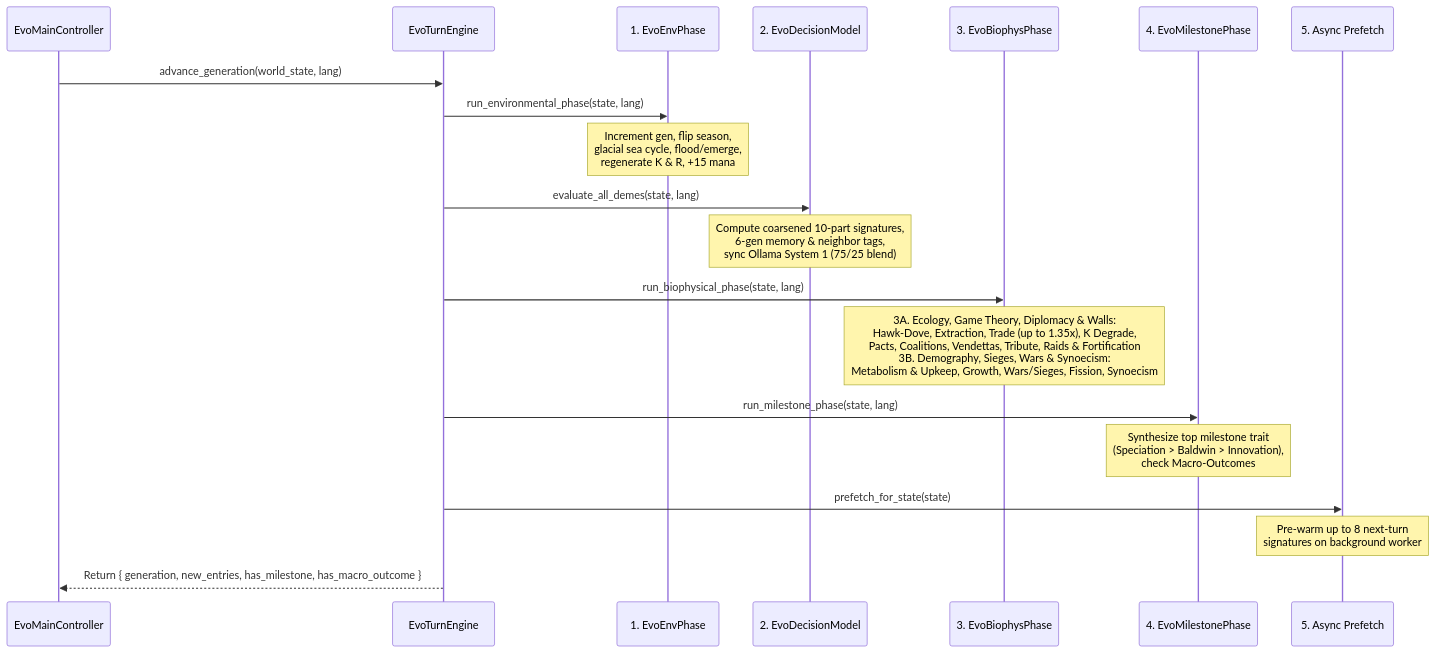
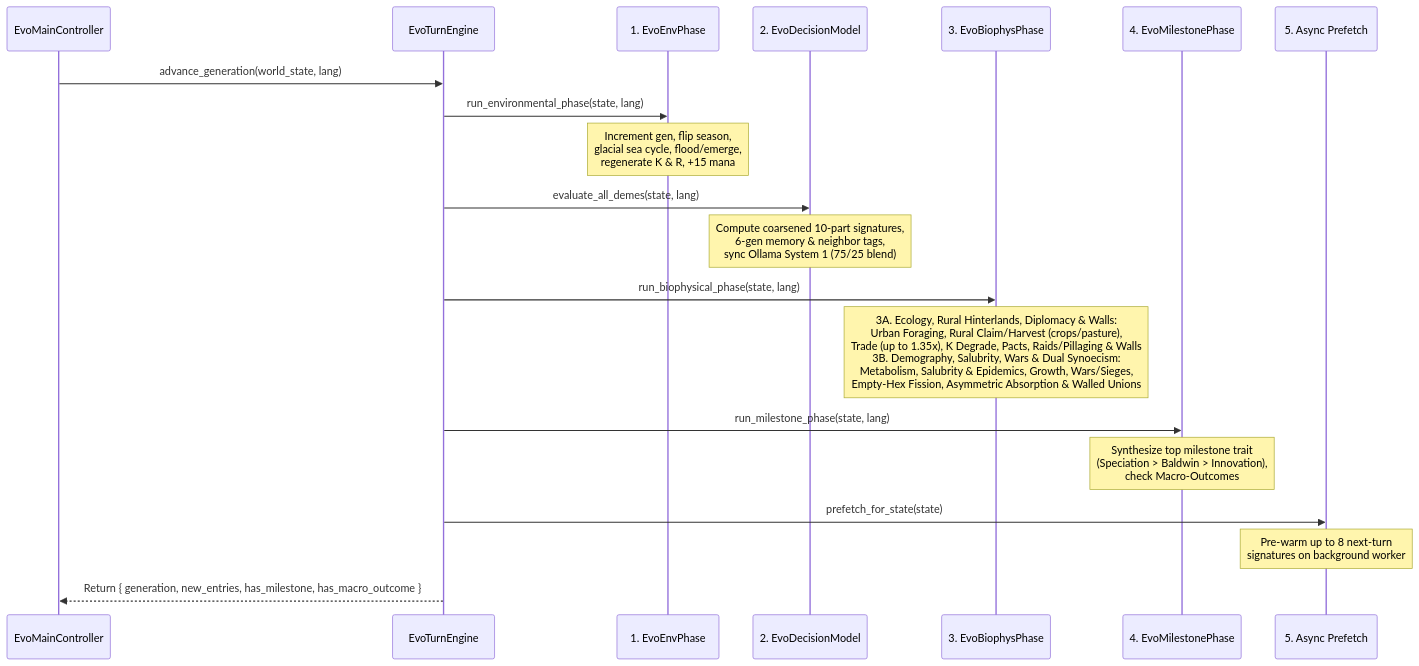
One commit to arrase/Evolution changed the first of 2 diagrams in gh-pages/turn_iterations_mechanics.md. Above: the diagram before and after it, drawn with Mermaid. The commit also changed other lines of this file and 187 other files, not shown here.

Commit message:
feat(world,engine): 1-deme-per-hex 169-hex urban/rural simulation & 2.5D illustrated shader world

````diff
--- a/gh-pages/turn_iterations_mechanics.md
+++ b/gh-pages/turn_iterations_mechanics.md
@@ -9,23 +9,23 @@
 ```mermaid
 sequenceDiagram
     participant Main as EvoMainController
     participant Turn as EvoTurnEngine
     participant Env as 1. EvoEnvPhase
     participant Cog as 2. EvoDecisionModel
     participant Bio as 3. EvoBiophysPhase
     participant Mile as 4. EvoMilestonePhase
     participant Pre as 5. Async Prefetch
 
     Main->>Turn: advance_generation(world_state, lang)
     Turn->>Env: run_environmental_phase(state, lang)
     Note over Env: Increment gen, flip season,<br/>glacial sea cycle, flood/emerge,<br/>regenerate K & R, +15 mana
     Turn->>Cog: evaluate_all_demes(state, lang)
     Note over Cog: Compute coarsened 10-part signatures,<br/>6-gen memory & neighbor tags,<br/>sync Ollama System 1 (75/25 blend)
     Turn->>Bio: run_biophysical_phase(state, lang)
-    Note over Bio: 3A. Ecology, Game Theory, Diplomacy & Walls:<br/>Hawk-Dove, Extraction, Trade (up to 1.35x), K Degrade,<br/>Pacts, Coalitions, Vendettas, Tribute, Raids & Fortification<br/>3B. Demography, Sieges, Wars & Synoecism:<br/>Metabolism & Upkeep, Growth, Wars/Sieges, Fission, Synoecism
+    Note over Bio: 3A. Ecology, Rural Hinterlands, Diplomacy & Walls:<br/>Urban Foraging, Rural Claim/Harvest (crops/pasture),<br/>Trade (up to 1.35x), K Degrade, Pacts, Raids/Pillaging & Walls<br/>3B. Demography, Salubrity, Wars & Dual Synoecism:<br/>Metabolism, Salubrity & Epidemics, Growth, Wars/Sieges,<br/>Empty-Hex Fission, Asymmetric Absorption & Walled Unions
     Turn->>Mile: run_milestone_phase(state, lang)
     Note over Mile: Synthesize top milestone trait<br/>(Speciation > Baldwin > Innovation),<br/>check Macro-Outcomes
     Turn->>Pre: prefetch_for_state(state)
     Note over Pre: Pre-warm up to 8 next-turn<br/>signatures on background worker
     Turn-->>Main: Return { generation, new_entries, has_milestone, has_macro_outcome }
 ```
````
